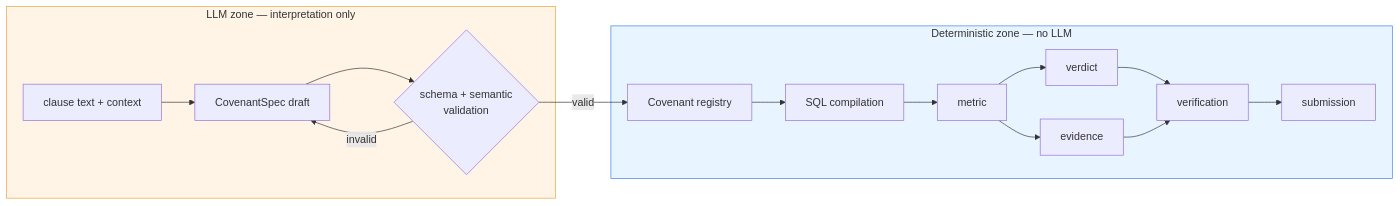
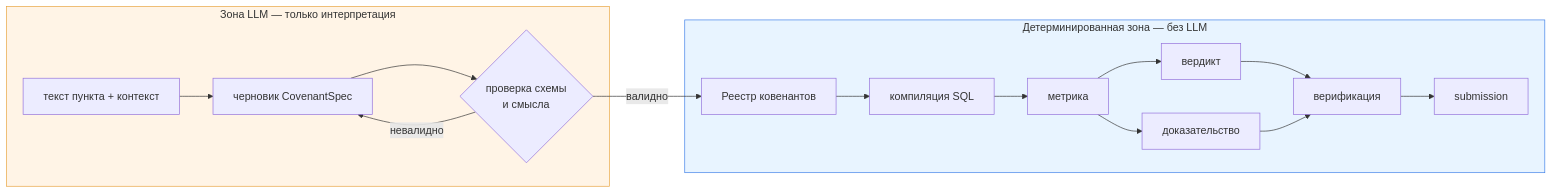
The diagram in docs/architecture-v3/01_TASK_MODEL.md (Alexloroo/Halyk_ai_challenge), drawn with Mermaid before and after one commit. The commit also changed other lines of this file and 6 other files, not shown here.

First line of the commit message:
docs: translate architecture research track to Russian

````diff
--- a/docs/architecture-v3/01_TASK_MODEL.md
+++ b/docs/architecture-v3/01_TASK_MODEL.md
@@ -126,20 +131,20 @@
 ```mermaid
 flowchart LR
-    subgraph LLM["LLM zone — interpretation only"]
-        A[clause text + context] --> B[CovenantSpec draft]
-        B --> C{schema + semantic<br/>validation}
-        C -- invalid --> B
+    subgraph LLM["Зона LLM — только интерпретация"]
+        A[текст пункта + контекст] --> B[черновик CovenantSpec]
+        B --> C{проверка схемы<br/>и смысла}
+        C -- невалидно --> B
     end
-    subgraph DET["Deterministic zone — no LLM"]
-        C -- valid --> D[Covenant registry]
-        D --> E[SQL compilation]
-        E --> F[metric]
-        F --> G[verdict]
-        F --> H[evidence]
-        G --> I[verification]
+    subgraph DET["Детерминированная зона — без LLM"]
+        C -- валидно --> D[Реестр ковенантов]
+        D --> E[компиляция SQL]
+        E --> F[метрика]
+        F --> G[вердикт]
+        F --> H[доказательство]
+        G --> I[верификация]
         H --> I
         I --> J[submission]
     end
     style LLM fill:#fff4e6,stroke:#e8a33d
     style DET fill:#e8f4ff,stroke:#3d7fe8
 ```
````
